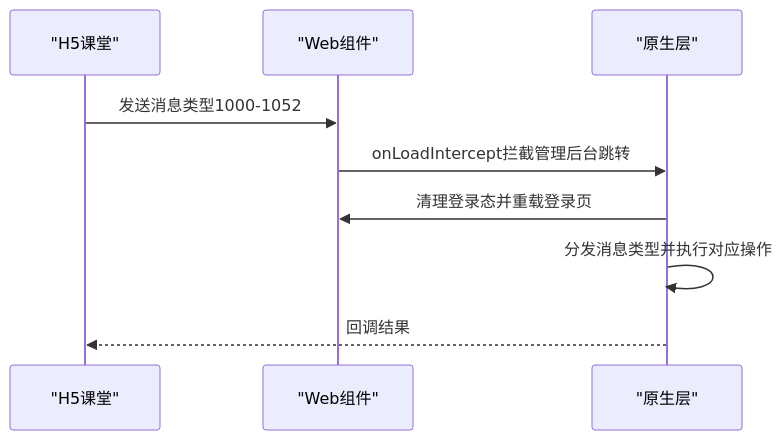
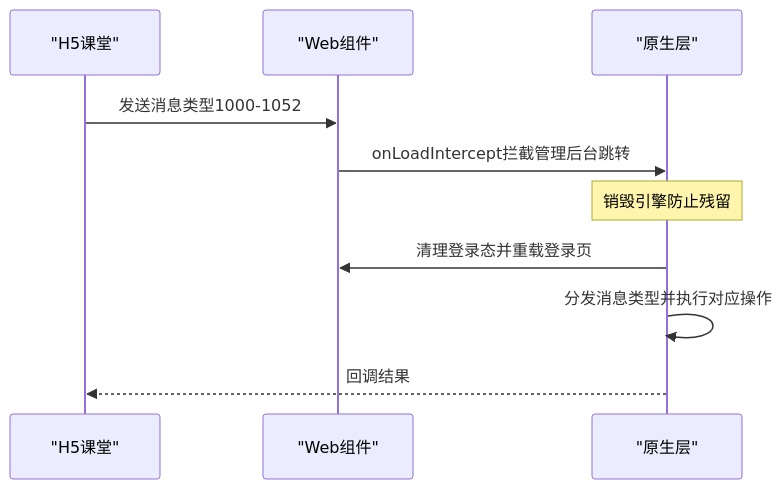
Before and after one commit to huz1xuan/harmony_XDY: the seventh of 8 diagrams in .qoder/repowiki/zh/content/主要功能模块/WebView容器管理.md, drawn with Mermaid. The commit also changed other lines of this file and 15 other files, not shown here.

````diff
--- a/.qoder/repowiki/zh/content/主要功能模块/WebView容器管理.md
+++ b/.qoder/repowiki/zh/content/主要功能模块/WebView容器管理.md
@@ -226,11 +244,12 @@
 ```mermaid
 sequenceDiagram
 participant H5 as "H5课堂"
 participant Web as "Web组件"
 participant Native as "原生层"
 H5->>Web : 发送消息类型1000-1052
 Web->>Native : onLoadIntercept拦截管理后台跳转
+Note over Native : 销毁引擎防止残留
 Native->>Web : 清理登录态并重载登录页
 Native->>Native : 分发消息类型并执行对应操作
 Native-->>H5 : 回调结果
 ```
````
